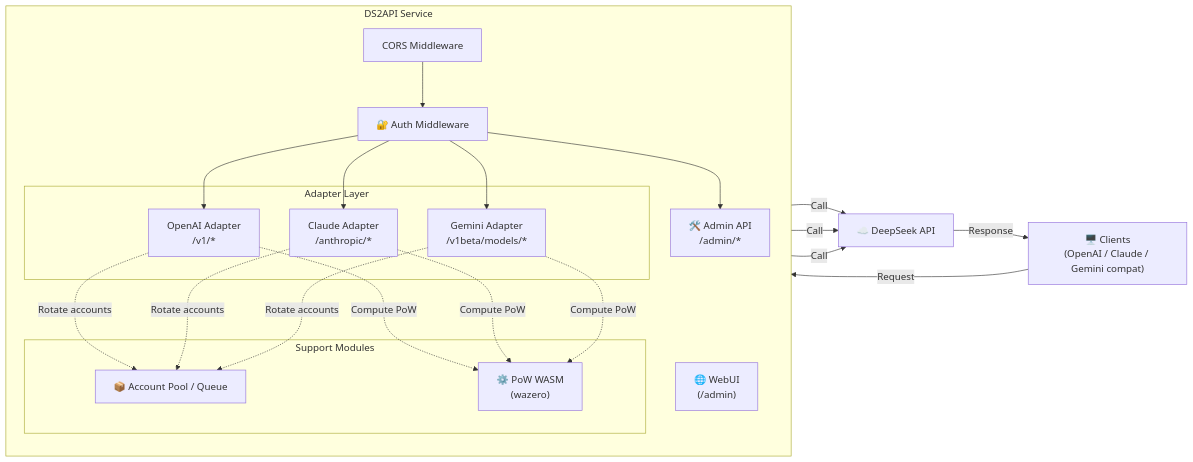
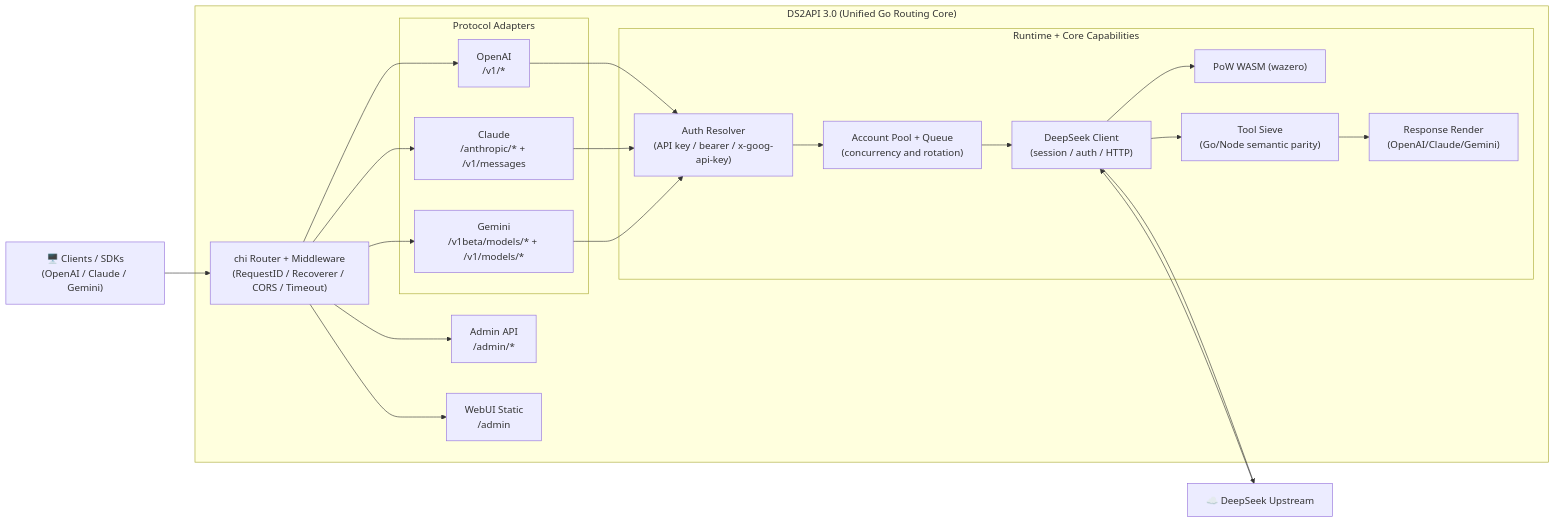
The diagram in README.en.md (1cyberlangke1/dsp), drawn with Mermaid before and after one commit. The commit also changed other lines of this file and 8 other files, not shown here.

Commit message:
docs: refresh architecture diagram and structure sections

````diff
--- a/README.en.md
+++ b/README.en.md
@@ -29,34 +29,40 @@
 ```mermaid
 flowchart LR
-    Client["🖥️ Clients\n(OpenAI / Claude / Gemini compat)"]
+    Client["🖥️ Clients / SDKs\n(OpenAI / Claude / Gemini)"]
 
-    subgraph DS2API["DS2API Service"]
-        direction TB
-        CORS["CORS Middleware"]
-        Auth["🔐 Auth Middleware"]
+    subgraph DS2API["DS2API 3.0 (Unified Go Routing Core)"]
+        Router["chi Router + Middleware\n(RequestID / Recoverer / CORS / Timeout)"]
 
-        subgraph Adapters["Adapter Layer"]
-            OA["OpenAI Adapter\n/v1/*"]
-            CA["Claude Adapter\n/anthropic/*"]
-            GA["Gemini Adapter\n/v1beta/models/*"]
+        subgraph Adapters["Protocol Adapters"]
+            OA["OpenAI\n/v1/*"]
+            CA["Claude\n/anthropic/* + /v1/messages"]
+            GA["Gemini\n/v1beta/models/* + /v1/models/*"]
         end
 
-        subgraph Support["Support Modules"]
-            Pool["📦 Account Pool / Queue"]
-            PoW["⚙️ PoW WASM\n(wazero)"]
+        subgraph Runtime["Runtime + Core Capabilities"]
+            Auth["Auth Resolver\n(API key / bearer / x-goog-api-key)"]
+            Pool["Account Pool + Queue\n(concurrency and rotation)"]
+            DS["DeepSeek Client\n(session / auth / HTTP)"]
+            Pow["PoW WASM (wazero)"]
+            Tool["Tool Sieve\n(Go/Node semantic parity)"]
+            Format["Response Render\n(OpenAI/Claude/Gemini)"]
         end
 
-        Admin["🛠️ Admin API\n/admin/*"]
-        WebUI["🌐 WebUI\n(/admin)"]
+        Admin["Admin API\n/admin/*"]
+        WebUI["WebUI Static\n/admin"]
     end
 
-    DS["☁️ DeepSeek API"]
+    Upstream["☁️ DeepSeek Upstream"]
 
-    Client -- "Request" --> CORS --> Auth
-    Auth --> OA & CA & GA
-    OA & CA & GA -- "Call" --> DS
-    Auth --> Admin
-    OA & CA & GA -. "Rotate accounts" .-> Pool
-    OA & CA & GA -. "Compute PoW" .-> PoW
-    DS -- "Response" --> Client
+    Client --> Router
+    Router --> OA & CA & GA
+    Router --> Admin
+    Router --> WebUI
+    OA --> Auth --> Pool --> DS
+    CA --> Auth
+    GA --> Auth
+    DS --> Pow
+    DS --> Tool --> Format
+    DS --> Upstream
+    Upstream --> DS
 ```
````
